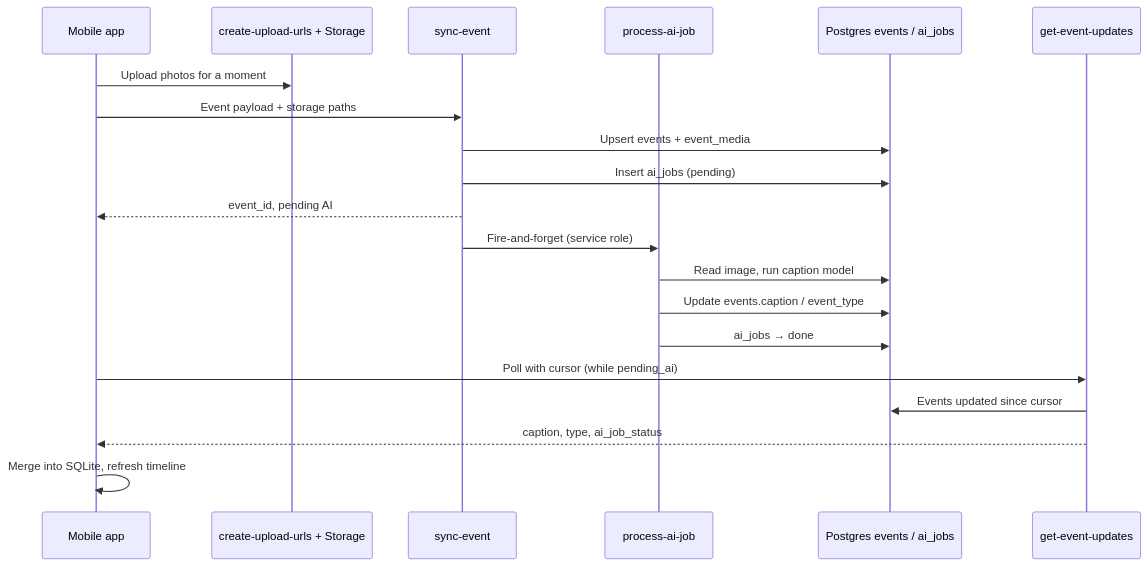
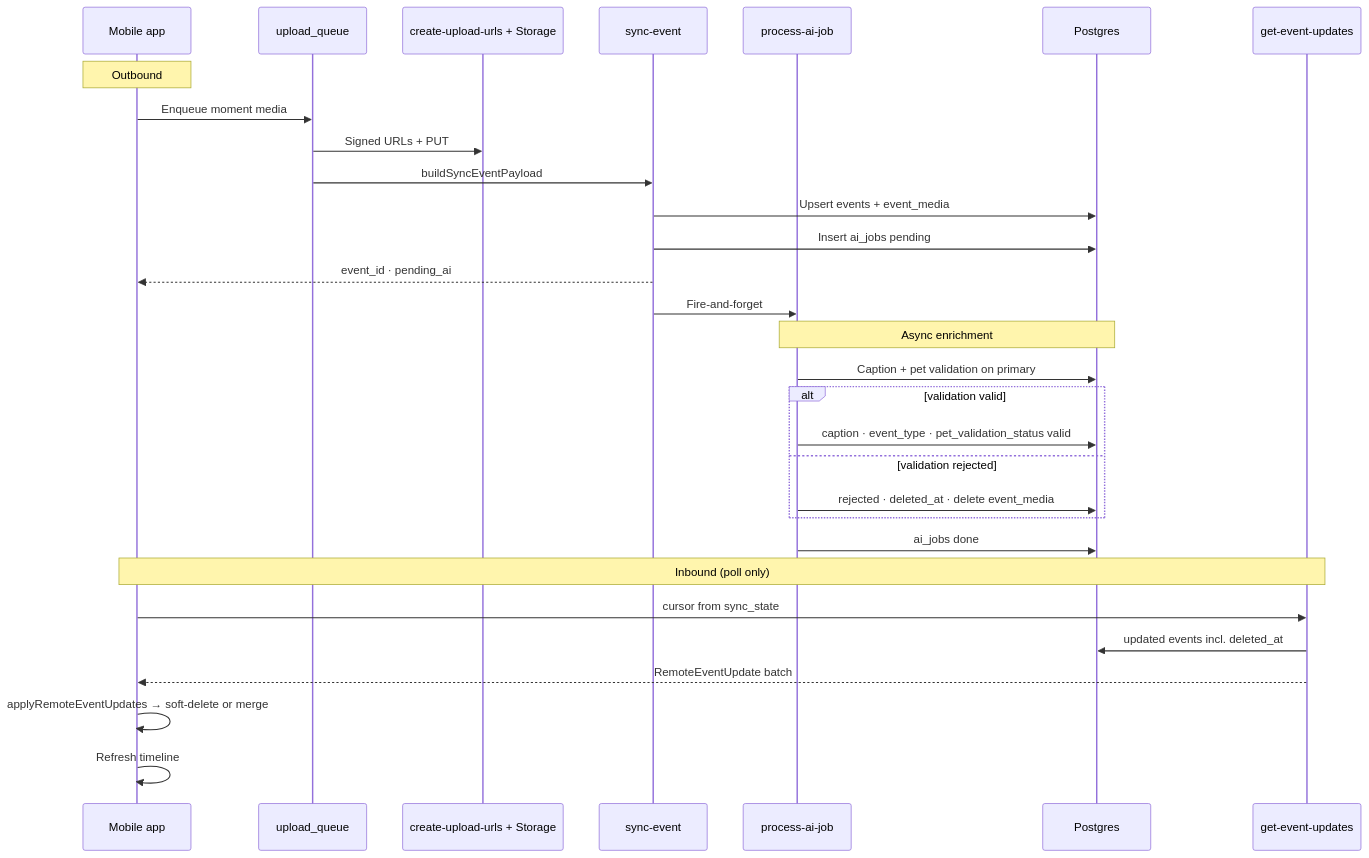
Before and after one commit to asymfermion/tailo-monolith: the fifth of 6 diagrams in docs/architecture/phase-2-backend-mvp.md, drawn with Mermaid. The commit also changed other lines of this file and 137 other files, not shown here.

````diff
--- a/docs/architecture/phase-2-backend-mvp.md
+++ b/docs/architecture/phase-2-backend-mvp.md
@@ -103,23 +253,35 @@
 ```mermaid
 sequenceDiagram
   participant App as Mobile app
+  participant Q as upload_queue
   participant Upload as create-upload-urls + Storage
   participant Sync as sync-event
   participant AI as process-ai-job
-  participant DB as Postgres events / ai_jobs
+  participant DB as Postgres
   participant Poll as get-event-updates
 
-  App->>Upload: Upload photos for a moment
-  App->>Sync: Event payload + storage paths
+  Note over App: Outbound
+  App->>Q: Enqueue moment media
+  Q->>Upload: Signed URLs + PUT
+  Q->>Sync: buildSyncEventPayload
   Sync->>DB: Upsert events + event_media
-  Sync->>DB: Insert ai_jobs (pending)
-  Sync-->>App: event_id, pending AI
-  Sync->>AI: Fire-and-forget (service role)
-  AI->>DB: Read image, run caption model
-  AI->>DB: Update events.caption / event_type
-  AI->>DB: ai_jobs → done
-  App->>Poll: Poll with cursor (while pending_ai)
-  Poll->>DB: Events updated since cursor
-  Poll-->>App: caption, type, ai_job_status
-  App->>App: Merge into SQLite, refresh timeline
+  Sync->>DB: Insert ai_jobs pending
+  Sync-->>App: event_id · pending_ai
+  Sync->>AI: Fire-and-forget
+
+  Note over AI,DB: Async enrichment
+  AI->>DB: Caption + pet validation on primary
+  alt validation valid
+    AI->>DB: caption · event_type · pet_validation_status valid
+  else validation rejected
+    AI->>DB: rejected · deleted_at · delete event_media
+  end
+  AI->>DB: ai_jobs done
+
+  Note over App,Poll: Inbound (poll only)
+  App->>Poll: cursor from sync_state
+  Poll->>DB: updated events incl. deleted_at
+  Poll-->>App: RemoteEventUpdate batch
+  App->>App: applyRemoteEventUpdates → soft-delete or merge
+  App->>App: Refresh timeline
 ```
````
